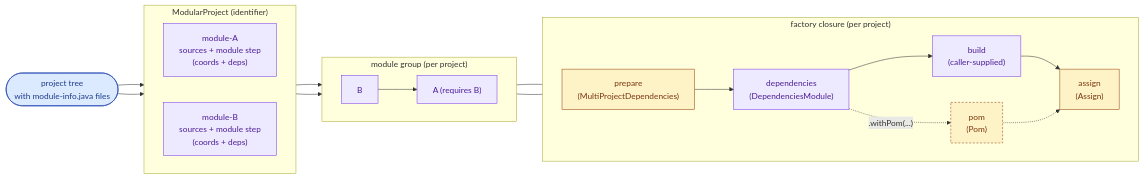
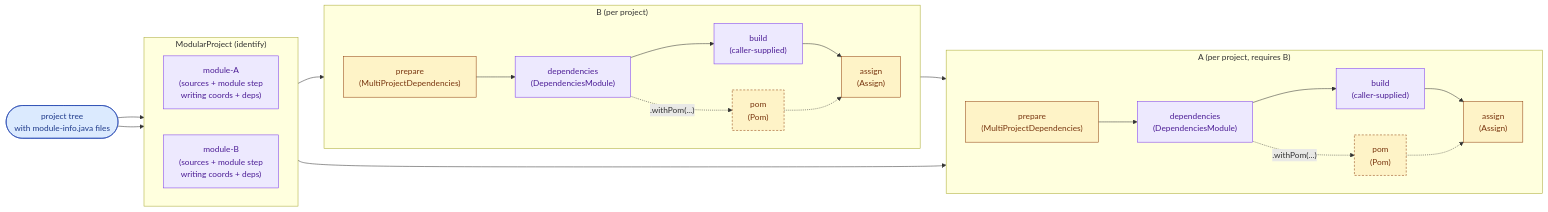
One commit to raphw/jenesis changed the fifth of 5 diagrams in README.md. Above: the diagram before and after it, drawn with Mermaid. The commit also changed other lines of this file, not shown here.

Commit message:
Attempt to draw graphs.

````diff
--- a/README.md
+++ b/README.md
@@ -283,36 +296,40 @@
 ```mermaid
 flowchart LR
   classDef input fill:#dbeafe,stroke:#1e40af,color:#1e3a8a;
   classDef step fill:#fef3c7,stroke:#92400e,color:#78350f;
   classDef optional fill:#fef3c7,stroke:#92400e,color:#78350f,stroke-dasharray:4 3;
   classDef module fill:#ede9fe,stroke:#7c3aed,color:#4c1d95;
   tree(["project tree<br/>with module-info.java files"]):::input
-  subgraph "ModularProject (identifier)"
+  subgraph "ModularProject (identify)"
     direction LR
-    idA["module-A<br/>sources + module step<br/>(coords + deps)"]:::module
-    idB["module-B<br/>sources + module step<br/>(coords + deps)"]:::module
+    idA["module-A<br/>(sources + module step<br/>writing coords + deps)"]:::module
+    idB["module-B<br/>(sources + module step<br/>writing coords + deps)"]:::module
   end
-  subgraph "factory closure (per project)"
+  subgraph "B (per project)"
     direction LR
-    pf_prepare["prepare<br/>(MultiProjectDependencies)"]:::step
-    pf_deps["dependencies<br/>(DependenciesModule)"]:::module
-    pf_build["build<br/>(caller-supplied)"]:::module
-    pf_pom["pom<br/>(Pom)"]:::optional
-    pf_assign["assign<br/>(Assign)"]:::step
-    pf_prepare --> pf_deps --> pf_build --> pf_assign
-    pf_deps -.->|".withPom(...)"| pf_pom
-    pf_pom -.-> pf_assign
+    pBprep["prepare<br/>(MultiProjectDependencies)"]:::step
+    pBdeps["dependencies<br/>(DependenciesModule)"]:::module
+    pBbuild["build<br/>(caller-supplied)"]:::module
+    pBpom["pom<br/>(Pom)"]:::optional
+    pBassn["assign<br/>(Assign)"]:::step
+    pBprep --> pBdeps --> pBbuild --> pBassn
+    pBdeps -.->|".withPom(...)"| pBpom
+    pBpom -.-> pBassn
   end
-  subgraph "module group (per project)"
+  subgraph "A (per project, requires B)"
     direction LR
-    pB["B"]:::module
-    pA["A (requires B)"]:::module
-    pB --> pA
+    pAprep["prepare<br/>(MultiProjectDependencies)"]:::step
+    pAdeps["dependencies<br/>(DependenciesModule)"]:::module
+    pAbuild["build<br/>(caller-supplied)"]:::module
+    pApom["pom<br/>(Pom)"]:::optional
+    pAassn["assign<br/>(Assign)"]:::step
+    pAprep --> pAdeps --> pAbuild --> pAassn
+    pAdeps -.->|".withPom(...)"| pApom
+    pApom -.-> pAassn
   end
   tree --> idA
   tree --> idB
-  idA --> pA
-  idB --> pB
-  pA --- pf_prepare
-  pB --- pf_prepare
+  idA --> pAprep
+  idB --> pBprep
+  pBassn --> pAprep
 ```
````
